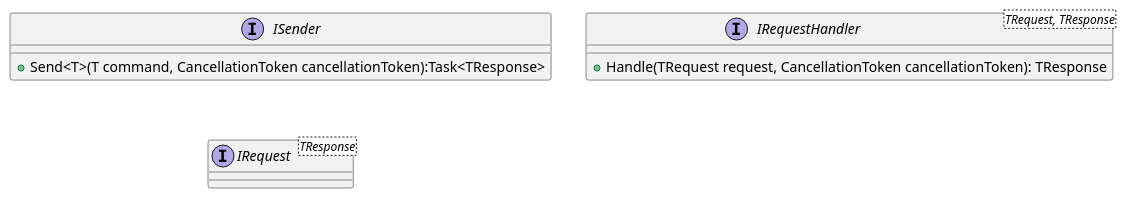
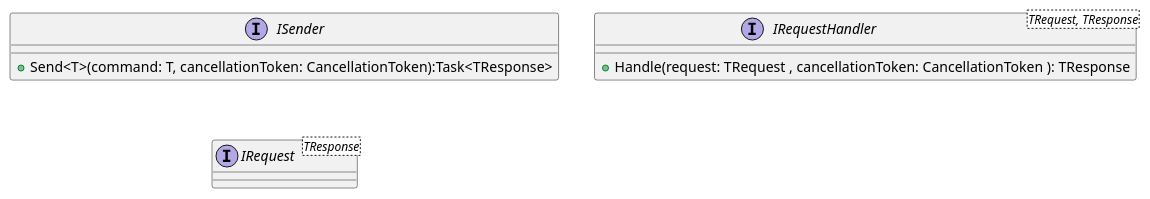
The diagram in common/Mediatr.puml (thanhkhac/SEP_Diagram), drawn with PlantUML before and after one commit. The commit also changed 12 other files, not shown here.

Commit message:
Refactor class diagrams for authentication and services

```diff
--- a/common/Mediatr.puml
+++ b/common/Mediatr.puml
@@ -1,12 +1,12 @@
 @startuml
 interface ISender {
-    +Send<T>(T command, CancellationToken cancellationToken):Task<TResponse>
+    +Send<T>(command: T, cancellationToken: CancellationToken):Task<TResponse>
 }
 
 interface IRequestHandler<TRequest, TResponse>{
-    +Handle(TRequest request, CancellationToken cancellationToken): TResponse
+    +Handle(request: TRequest , cancellationToken: CancellationToken ): TResponse
 }
 
 interface IRequest<TResponse>
 
 @enduml
```
